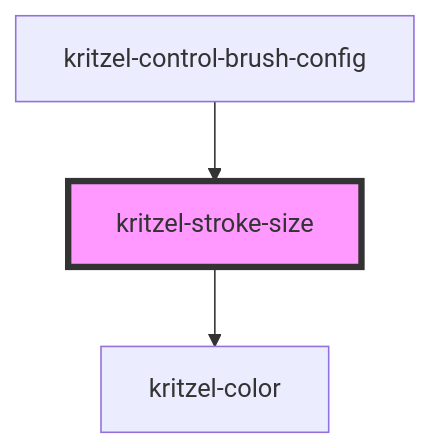
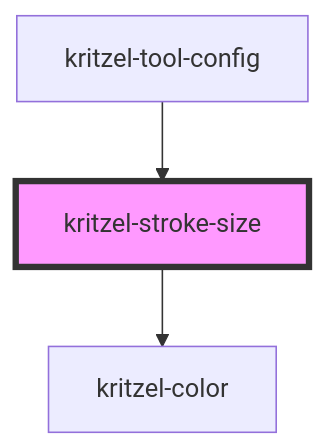
One commit to kasual1/kritzel changed the diagram in libs/kritzel-stencil/src/components/shared/kritzel-stroke-size/readme.md. Above: the diagram before and after it, drawn with Mermaid. The commit also changed other lines of this file and 20 other files, not shown here.

````diff
--- a/libs/kritzel-stencil/src/components/shared/kritzel-stroke-size/readme.md
+++ b/libs/kritzel-stencil/src/components/shared/kritzel-stroke-size/readme.md
@@ -34,6 +34,6 @@
 ```mermaid
 graph TD;
   kritzel-stroke-size --> kritzel-color
-  kritzel-control-brush-config --> kritzel-stroke-size
+  kritzel-tool-config --> kritzel-stroke-size
   style kritzel-stroke-size fill:#f9f,stroke:#333,stroke-width:4px
 ```
````
